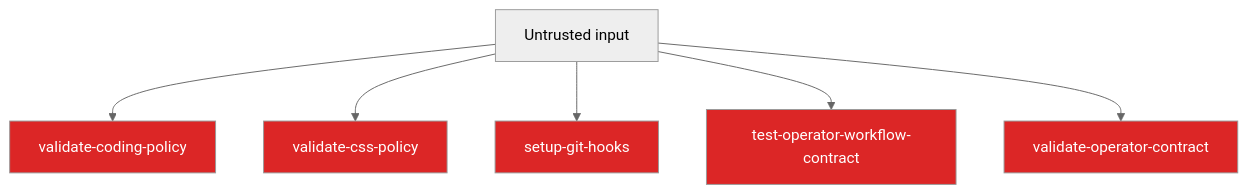
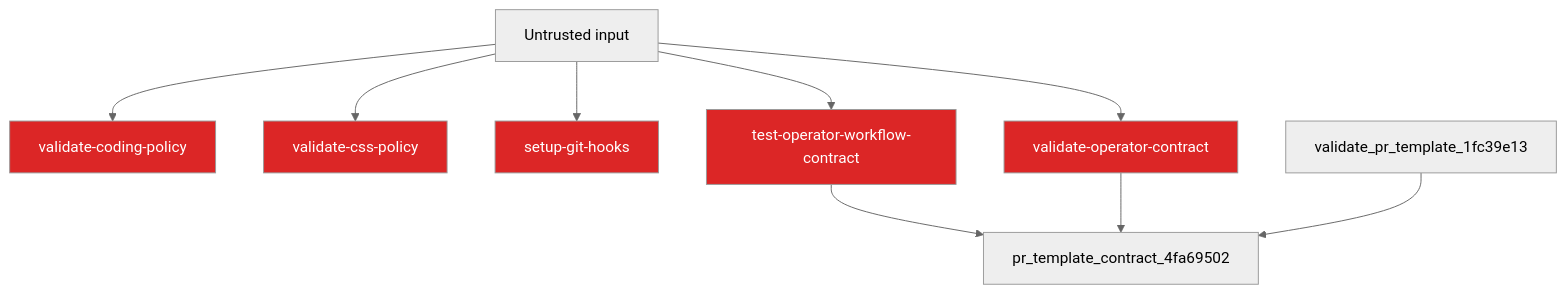
The diagram in .diagram/security.mmd (jscraik/websites), drawn with Mermaid (neutral theme) before and after one commit. The commit also changed 17 other files, not shown here.

```diff
--- a/.diagram/security.mmd
+++ b/.diagram/security.mmd
@@ -1,14 +1,17 @@
 flowchart TD
   Untrusted["Untrusted input"]
   validate_coding_policy_29976175["validate-coding-policy"]
   Untrusted --> validate_coding_policy_29976175
   validate_css_policy_1c5ec854["validate-css-policy"]
   Untrusted --> validate_css_policy_1c5ec854
   setup_git_hooks_70750d40["setup-git-hooks"]
   Untrusted --> setup_git_hooks_70750d40
   test_operator_workflow_contract_b4a152d7["test-operator-workflow-contract"]
   Untrusted --> test_operator_workflow_contract_b4a152d7
   validate_operator_contract_f777ed78["validate-operator-contract"]
   Untrusted --> validate_operator_contract_f777ed78
+  test_operator_workflow_contract_b4a152d7 --> pr_template_contract_4fa69502
+  validate_operator_contract_f777ed78 --> pr_template_contract_4fa69502
+  validate_pr_template_1fc39e13 --> pr_template_contract_4fa69502
   classDef securityNode fill:#dc2626,color:#fff
   class validate_coding_policy_29976175,validate_css_policy_1c5ec854,setup_git_hooks_70750d40,test_operator_workflow_contract_b4a152d7,validate_operator_contract_f777ed78 securityNode
```
